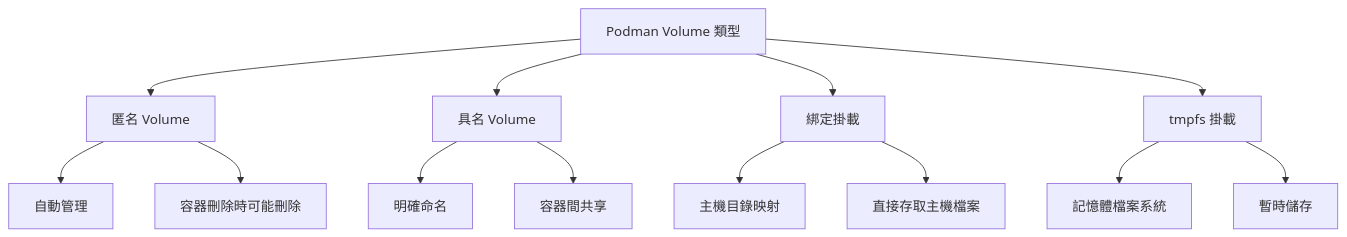
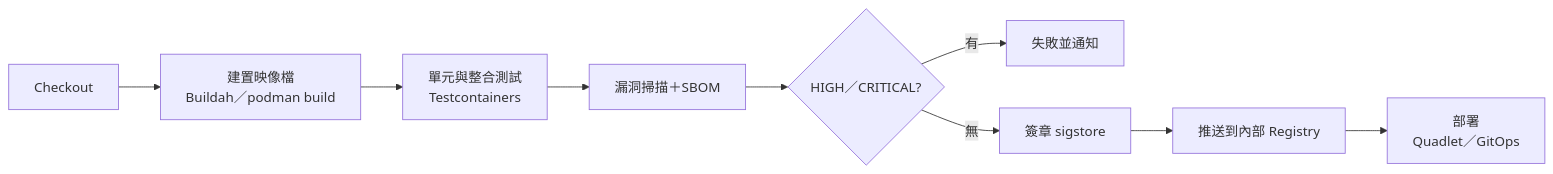
Diagram 14 of 18 in content/posts/教學/工具/Podman使用教學.md (chihhung/Blog), drawn with Mermaid before and after one commit. The commit also changed other lines of this file and 10 other files, not shown here.

````diff
--- a/content/posts/教學/工具/Podman使用教學.md
+++ b/content/posts/教學/工具/Podman使用教學.md
@@ -1300,19 +2686,11 @@
 ```mermaid
-graph TB
-    A[Podman Volume 類型] --> B[匿名 Volume]
-    A --> C[具名 Volume]
-    A --> D[綁定掛載]
-    A --> E[tmpfs 掛載]
-    
-    B --> B1[自動管理]
-    B --> B2[容器刪除時可能刪除]
-    
-    C --> C1[明確命名]
-    C --> C2[容器間共享]
-    
-    D --> D1[主機目錄映射]
-    D --> D2[直接存取主機檔案]
-    
-    E --> E1[記憶體檔案系統]
-    E --> E2[暫時儲存]
+flowchart LR
+    A[Checkout] --> B[建置映像檔<br/>Buildah／podman build]
+    B --> C[單元與整合測試<br/>Testcontainers]
+    C --> D[漏洞掃描＋SBOM]
+    D --> E{HIGH／CRITICAL?}
+    E -->|有| X[失敗並通知]
+    E -->|無| F[簽章 sigstore]
+    F --> G[推送到內部 Registry]
+    G --> H[部署<br/>Quadlet／GitOps]
 ```
````
